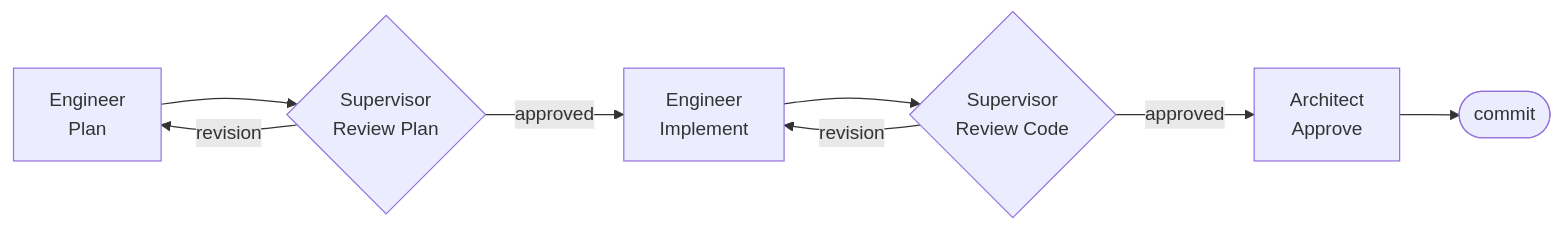
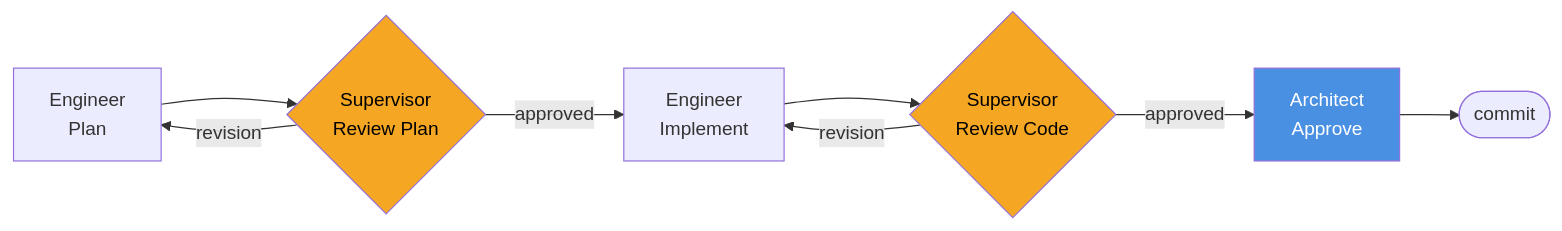
One commit to Entelligentsia/forge changed the diagram in README.md. Above: the diagram before and after it, drawn with Mermaid. The commit also changed other lines of this file and 4 other files, not shown here.

````diff
--- a/README.md
+++ b/README.md
@@ -199,10 +187,14 @@
 ```mermaid
 flowchart LR
-    T1[Engineer\nPlan] --> T2{Supervisor\nReview Plan}
-    T2 -->|revision| T1
-    T2 -->|approved| T3[Engineer\nImplement]
-    T3 --> T4{Supervisor\nReview Code}
-    T4 -->|revision| T3
-    T4 -->|approved| T5[Architect\nApprove]
-    T5 --> T6([commit])
+    P[Engineer\nPlan] --> RP{Supervisor\nReview Plan}
+    RP -->|revision| P
+    RP -->|approved| I[Engineer\nImplement]
+    I --> RC{Supervisor\nReview Code}
+    RC -->|revision| I
+    RC -->|approved| AP[Architect\nApprove]
+    AP --> CM([commit])
+
+    style RP fill:#f5a623,color:#000
+    style RC fill:#f5a623,color:#000
+    style AP fill:#4a90e2,color:#fff
 ```
````
